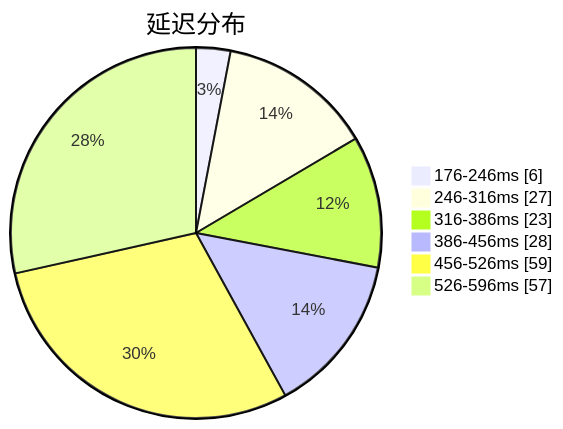
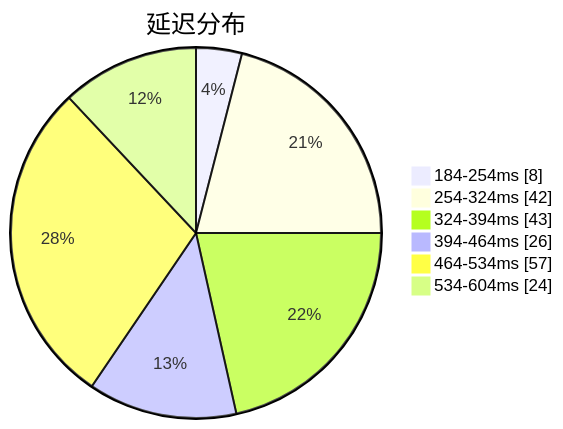
One commit to qjlxg/airport changed the first of 3 diagrams in subs/statistics/tested_within.md. Above: the diagram before and after it, drawn with Mermaid. The commit also changed other lines of this file and 2 other files, not shown here.

````diff
--- a/subs/statistics/tested_within.md
+++ b/subs/statistics/tested_within.md
@@ -2,10 +2,10 @@
 ```mermaid
 pie showData
 title 延迟分布
-"176-246ms" : 6
-"246-316ms" : 27
-"316-386ms" : 23
-"386-456ms" : 28
-"456-526ms" : 59
-"526-596ms" : 57
+"184-254ms" : 8
+"254-324ms" : 42
+"324-394ms" : 43
+"394-464ms" : 26
+"464-534ms" : 57
+"534-604ms" : 24
 ```
````
